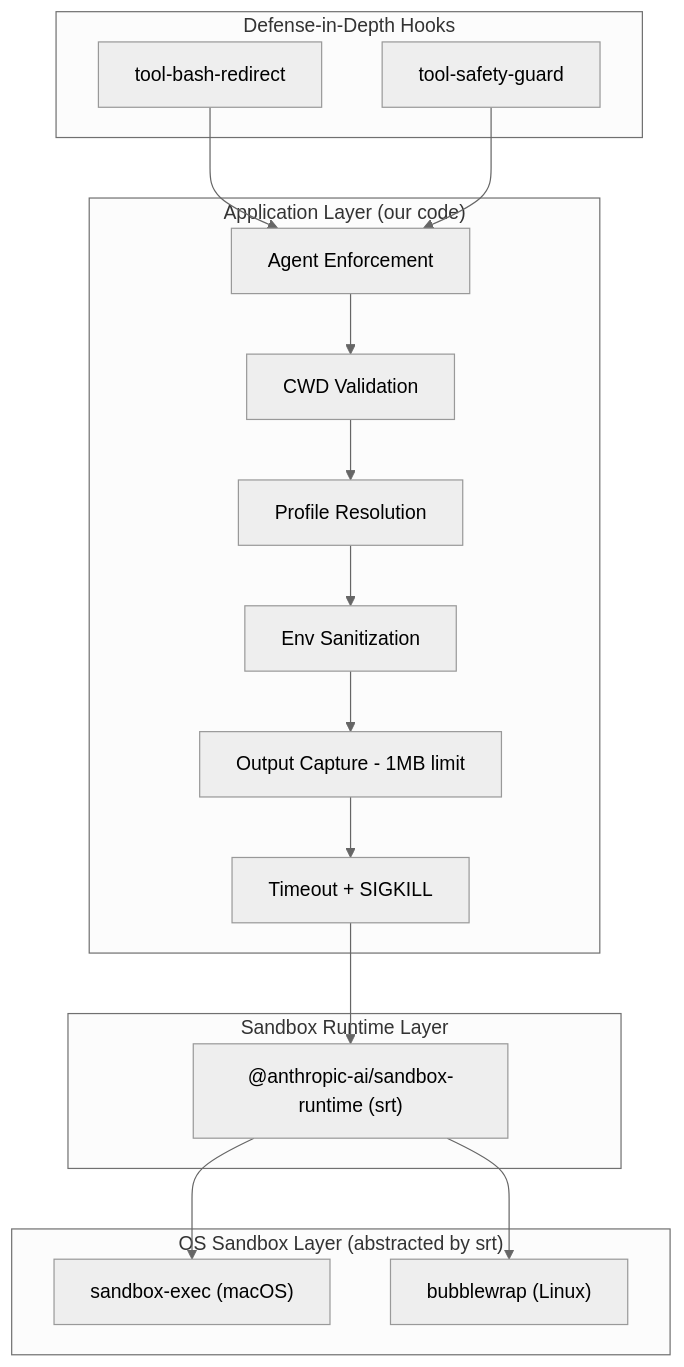
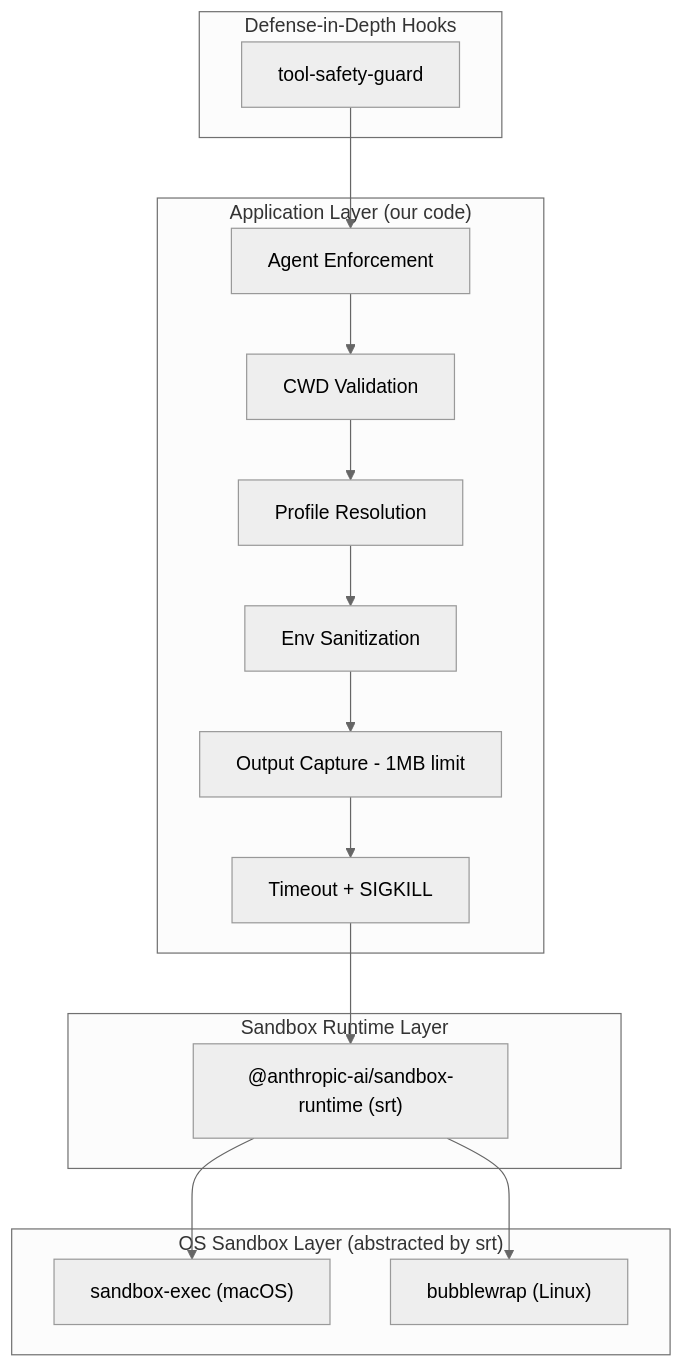
Before and after one commit to gitbluf/neurogrid: the second of 3 diagrams in docs/SANDBOX_ARCHITECTURE.md, drawn with Mermaid (neutral theme). The commit also changed other lines of this file and 21 other files, not shown here.

````diff
--- a/docs/SANDBOX_ARCHITECTURE.md
+++ b/docs/SANDBOX_ARCHITECTURE.md
@@ -127,30 +123,28 @@
 ```mermaid
 graph TB
 	subgraph "Application Layer (our code)"
 		A[Agent Enforcement] --> B[CWD Validation]
 		B --> C[Profile Resolution]
 		C --> D[Env Sanitization]
 		D --> E[Output Capture - 1MB limit]
 		E --> F[Timeout + SIGKILL]
 	end
 	
 	subgraph "Sandbox Runtime Layer"
 		G["@anthropic-ai/sandbox-runtime (srt)"]
 	end
 	
 	subgraph "OS Sandbox Layer (abstracted by srt)"
 		H["sandbox-exec (macOS)"]
 		I["bubblewrap (Linux)"]
 	end
 	
 	subgraph "Defense-in-Depth Hooks"
 		J[tool-safety-guard]
-		K[tool-bash-redirect]
 	end
 
-	K --> A
 	J --> A
 	F --> G
 	G --> H
 	G --> I
 ```
````
